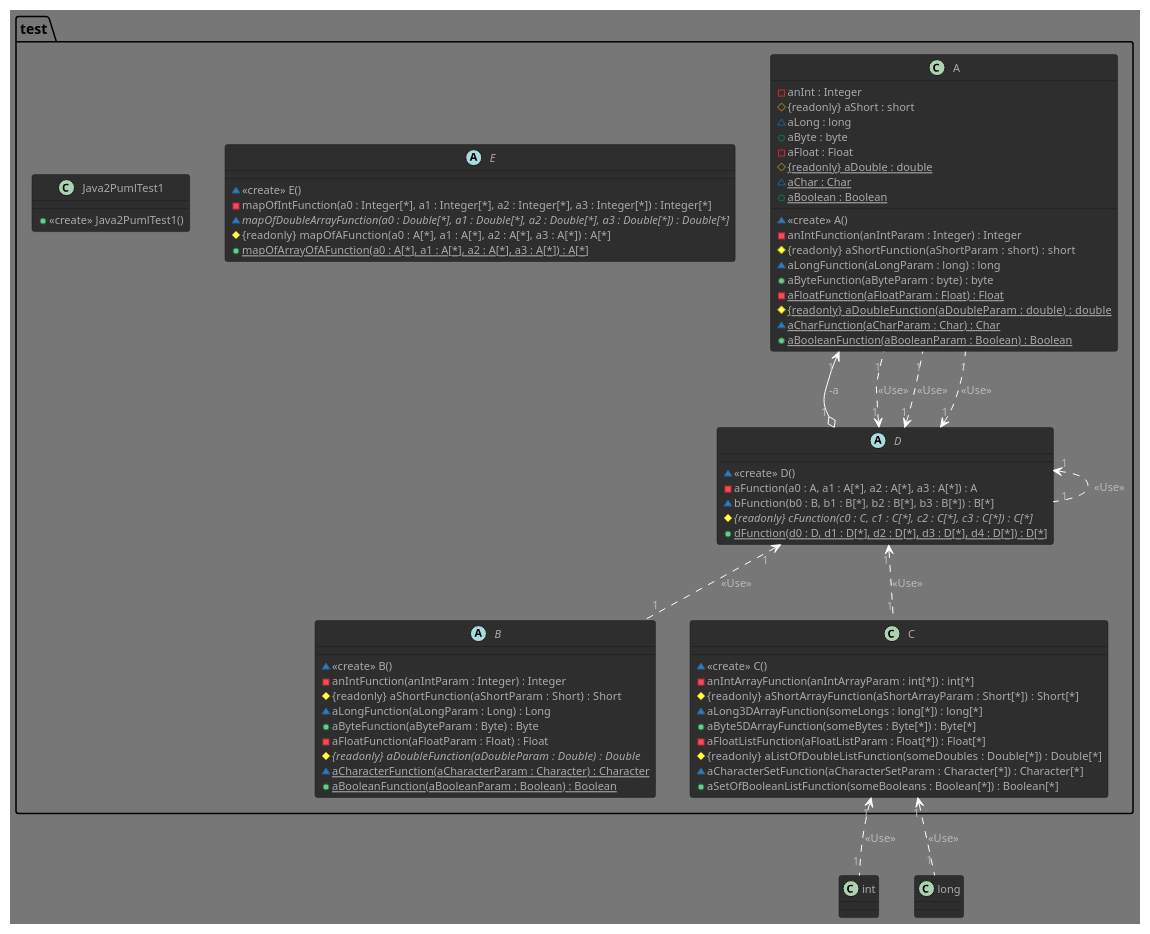
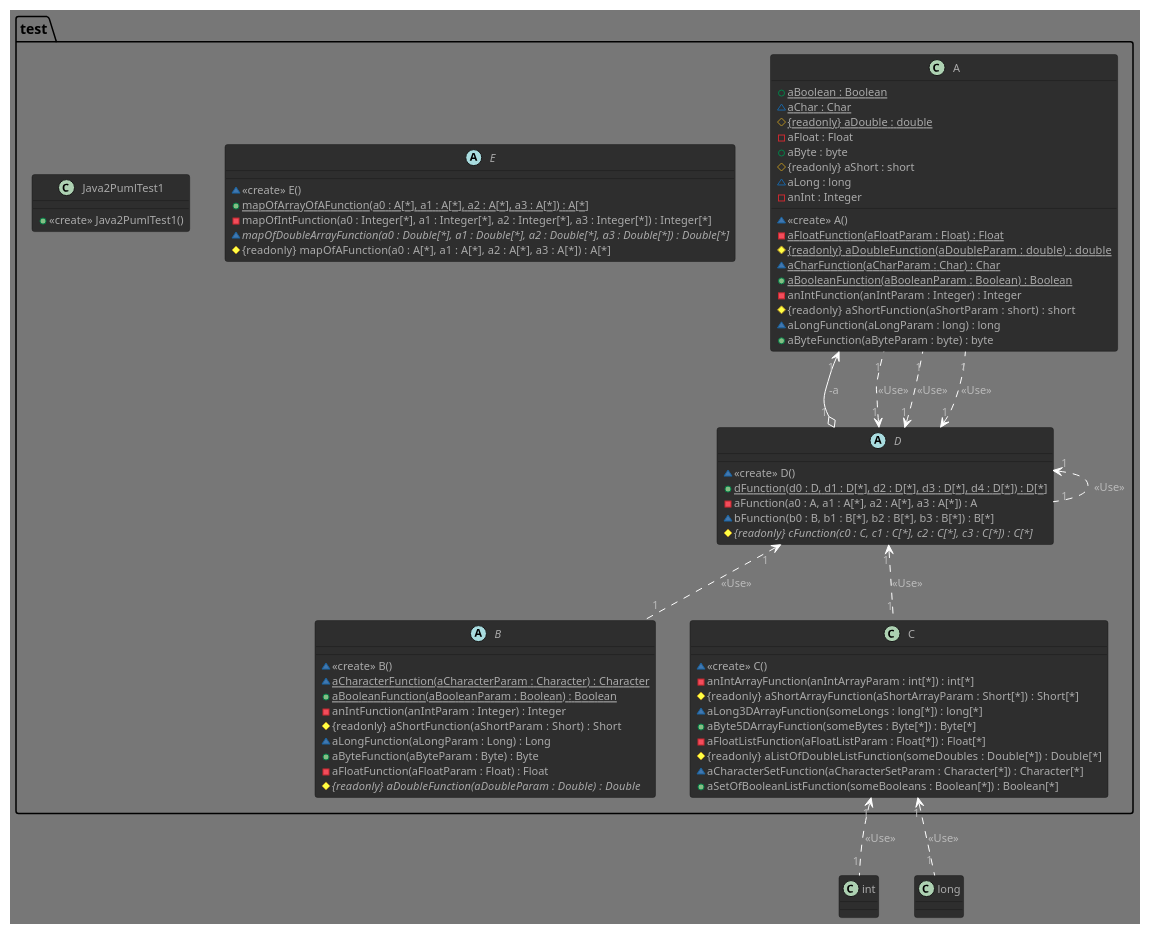
One commit to GlazKrovi/JavaToPlantUML changed the diagram in generates/pumls/CCD_test.puml. Above: the diagram before and after it, drawn with PlantUML. The commit also changed other lines of this file and 4 other files, not shown here.

```diff
--- a/generates/pumls/CCD_test.puml
+++ b/generates/pumls/CCD_test.puml
@@ -1,78 +1,78 @@
 @startuml
 !theme reddress-darkgreen
 
 class test.A {
 ~ <<create>> A()
--anInt : Integer
++ {static} aBoolean : Boolean
+~ {static} aChar : Char
+# {static}  {readonly} aDouble : double
+-aFloat : Float
++aByte : byte
 # {readonly} aShort : short
 ~aLong : long
-+aByte : byte
--aFloat : Float
-# {static}  {readonly} aDouble : double
-~ {static} aChar : Char
-+ {static} aBoolean : Boolean
+-anInt : Integer
+- {static}   aFloatFunction(aFloatParam : Float) : Float
+# {static}  {readonly}   aDoubleFunction(aDoubleParam : double) : double
+~ {static}   aCharFunction(aCharParam : Char) : Char
++ {static}   aBooleanFunction(aBooleanParam : Boolean) : Boolean
 -  anIntFunction(anIntParam : Integer) : Integer
 # {readonly}   aShortFunction(aShortParam : short) : short
 ~  aLongFunction(aLongParam : long) : long
 +  aByteFunction(aByteParam : byte) : byte
-- {static}   aFloatFunction(aFloatParam : Float) : Float
-# {static}  {readonly}   aDoubleFunction(aDoubleParam : double) : double
-~ {static}   aCharFunction(aCharParam : Char) : Char
-+ {static}   aBooleanFunction(aBooleanParam : Boolean) : Boolean
 
 }
 abstract test.B {
 ~ <<create>> B()
+~ {static}   aCharacterFunction(aCharacterParam : Character) : Character
++ {static}   aBooleanFunction(aBooleanParam : Boolean) : Boolean
 -  anIntFunction(anIntParam : Integer) : Integer
 # {readonly}   aShortFunction(aShortParam : Short) : Short
 ~  aLongFunction(aLongParam : Long) : Long
 +  aByteFunction(aByteParam : Byte) : Byte
 -  aFloatFunction(aFloatParam : Float) : Float
 # {abstract}  {readonly}   aDoubleFunction(aDoubleParam : Double) : Double
-~ {static}   aCharacterFunction(aCharacterParam : Character) : Character
-+ {static}   aBooleanFunction(aBooleanParam : Boolean) : Boolean
 
 }
 class test.C {
 ~ <<create>> C()
 -  anIntArrayFunction(anIntArrayParam : int[*]) : int[*]
 # {readonly}   aShortArrayFunction(aShortArrayParam : Short[*]) : Short[*]
 ~  aLong3DArrayFunction(someLongs : long[*]) : long[*]
 +  aByte5DArrayFunction(someBytes : Byte[*]) : Byte[*]
 -  aFloatListFunction(aFloatListParam : Float[*]) : Float[*]
 # {readonly}   aListOfDoubleListFunction(someDoubles : Double[*]) : Double[*]
 ~  aCharacterSetFunction(aCharacterSetParam : Character[*]) : Character[*]
 +  aSetOfBooleanListFunction(someBooleans : Boolean[*]) : Boolean[*]
 
 }
 abstract test.D {
 ~ <<create>> D()
++ {static}   dFunction(d0 : D, d1 : D[*], d2 : D[*], d3 : D[*], d4 : D[*]) : D[*]
 -  aFunction(a0 : A, a1 : A[*], a2 : A[*], a3 : A[*]) : A
 ~  bFunction(b0 : B, b1 : B[*], b2 : B[*], b3 : B[*]) : B[*]
 # {abstract}  {readonly}   cFunction(c0 : C, c1 : C[*], c2 : C[*], c3 : C[*]) : C[*]
-+ {static}   dFunction(d0 : D, d1 : D[*], d2 : D[*], d3 : D[*], d4 : D[*]) : D[*]
 
 }
 abstract test.E {
 ~ <<create>> E()
++ {static}   mapOfArrayOfAFunction(a0 : A[*], a1 : A[*], a2 : A[*], a3 : A[*]) : A[*]
 -  mapOfIntFunction(a0 : Integer[*], a1 : Integer[*], a2 : Integer[*], a3 : Integer[*]) : Integer[*]
 ~ {abstract}   mapOfDoubleArrayFunction(a0 : Double[*], a1 : Double[*], a2 : Double[*], a3 : Double[*]) : Double[*]
 # {readonly}   mapOfAFunction(a0 : A[*], a1 : A[*], a2 : A[*], a3 : A[*]) : A[*]
-+ {static}   mapOfArrayOfAFunction(a0 : A[*], a1 : A[*], a2 : A[*], a3 : A[*]) : A[*]
 
 }
 class test.Java2PumlTest1 {
 + <<create>> Java2PumlTest1()
 
 }
 "test.C""1" <.. "1""int" : <<Use>>
 "test.C""1" <.. "1""long" : <<Use>>
 test.A"1" <--o "1"D : -a
+"test.D""1" <.. "1""test.D" : <<Use>>
 "test.D""1" <.. "1""test.A" : <<Use>>
 "test.D""1" <.. "1""test.A" : <<Use>>
 "test.D""1" <.. "1""test.A" : <<Use>>
 "test.D""1" <.. "1""test.B" : <<Use>>
 "test.D""1" <.. "1""test.C" : <<Use>>
-"test.D""1" <.. "1""test.D" : <<Use>>
 
 @enduml
```
